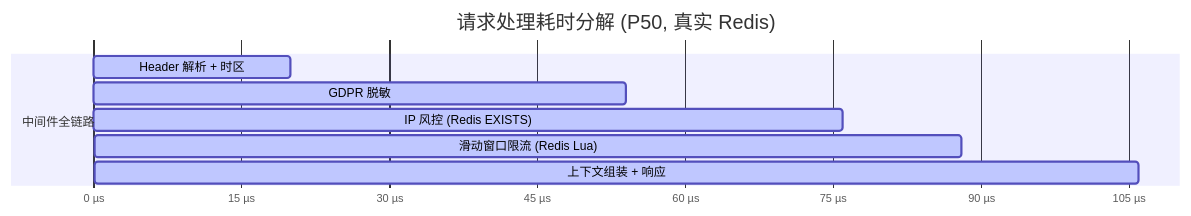
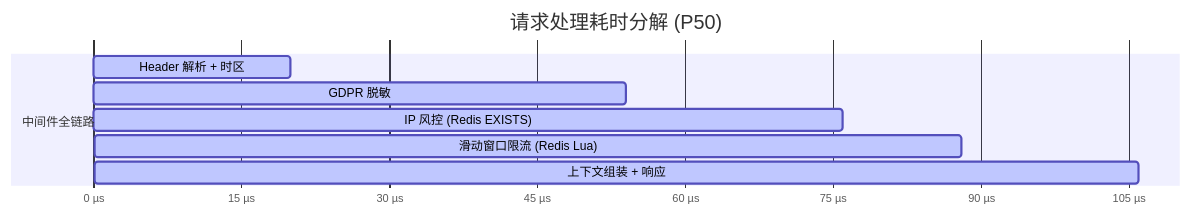
The diagram in README.md (Vierblatt/rate-limit-guard), drawn with Mermaid before and after one commit. The commit also changed other lines of this file, not shown here.

Commit message:
docs: remove miniredis data, keep only real Redis benchmark

````diff
--- a/README.md
+++ b/README.md
@@ -178,13 +139,13 @@
 ```mermaid
 gantt
-    title 请求处理耗时分解 (P50, 真实 Redis)
+    title 请求处理耗时分解 (P50)
     dateFormat X
     axisFormat %s µs
 
     section 中间件全链路
     Header 解析 + 时区             :active, a1, 0, 20
     GDPR 脱敏                      :active, a2, 20, 54
     IP 风控 (Redis EXISTS)        :active, a3, 54, 76
     滑动窗口限流 (Redis Lua)      :active, a4, 76, 88
     上下文组装 + 响应             :active, a5, 88, 106
 ```
````
